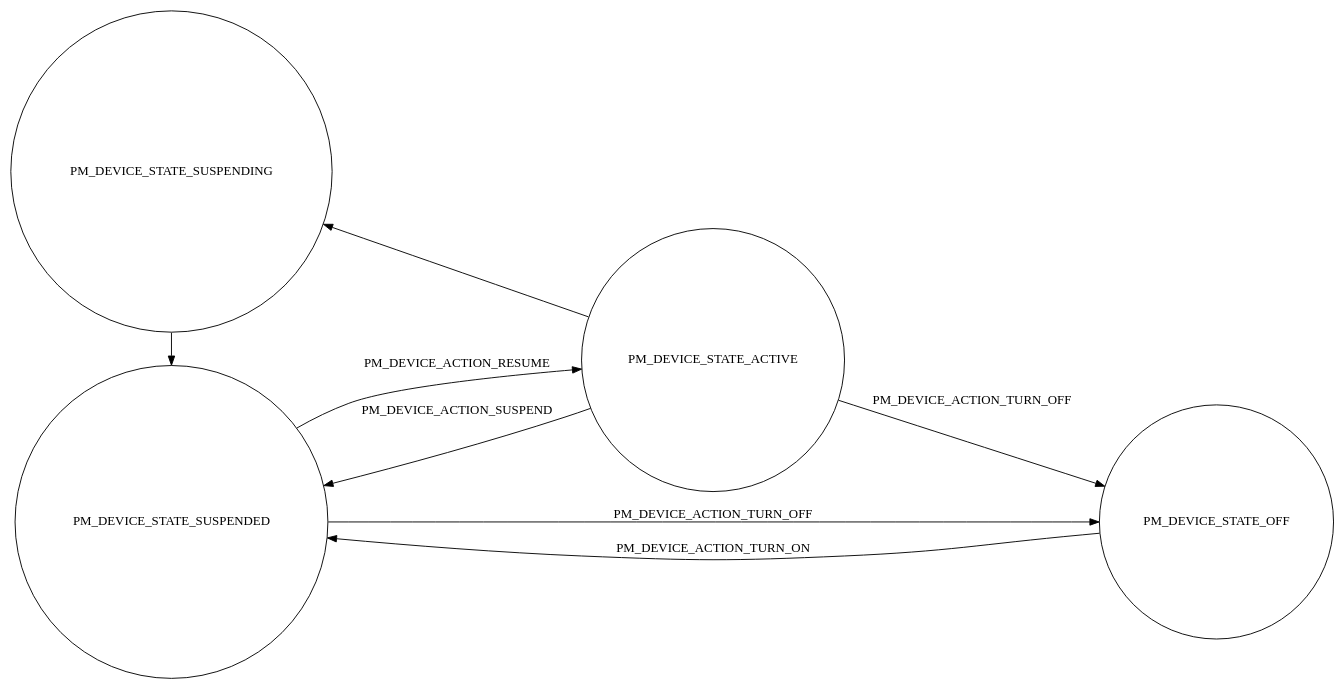
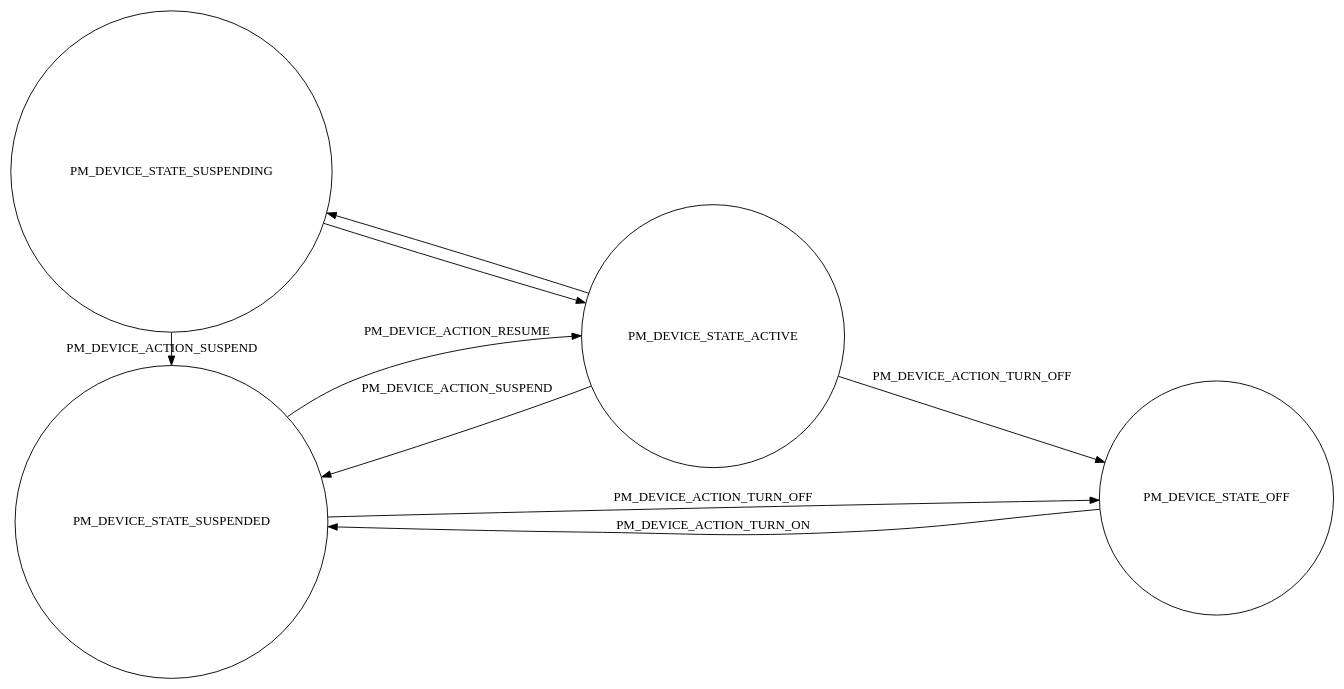
Before and after one commit to zephyrproject-rtos/zephyr: the diagram in doc/services/pm/device.rst, drawn with Graphviz. The commit also changed other lines of this file, not shown here.

First line of the commit message:
doc: services: pm: update pm device init/deinit/states

```diff
--- a/doc/services/pm/device.rst
+++ b/doc/services/pm/device.rst
@@ -164,25 +209,27 @@
 .. graphviz::
    :caption: Device actions x states
 
     digraph {
         node [shape=circle];
         rankdir=LR;
         subgraph {
 
             SUSPENDED [label=PM_DEVICE_STATE_SUSPENDED];
             SUSPENDING [label=PM_DEVICE_STATE_SUSPENDING];
             ACTIVE [label=PM_DEVICE_STATE_ACTIVE];
             OFF [label=PM_DEVICE_STATE_OFF];
 
+            ACTIVE -> SUSPENDING;
+            SUSPENDING -> ACTIVE;
+            SUSPENDING -> SUSPENDED ["label"="PM_DEVICE_ACTION_SUSPEND"];
 
-            ACTIVE -> SUSPENDING -> SUSPENDED;
             ACTIVE -> SUSPENDED ["label"="PM_DEVICE_ACTION_SUSPEND"];
             SUSPENDED -> ACTIVE ["label"="PM_DEVICE_ACTION_RESUME"];
 
             {rank = same; SUSPENDED; SUSPENDING;}
 
             OFF -> SUSPENDED ["label"="PM_DEVICE_ACTION_TURN_ON"];
             SUSPENDED -> OFF ["label"="PM_DEVICE_ACTION_TURN_OFF"];
             ACTIVE -> OFF ["label"="PM_DEVICE_ACTION_TURN_OFF"];
         }
     }
```
